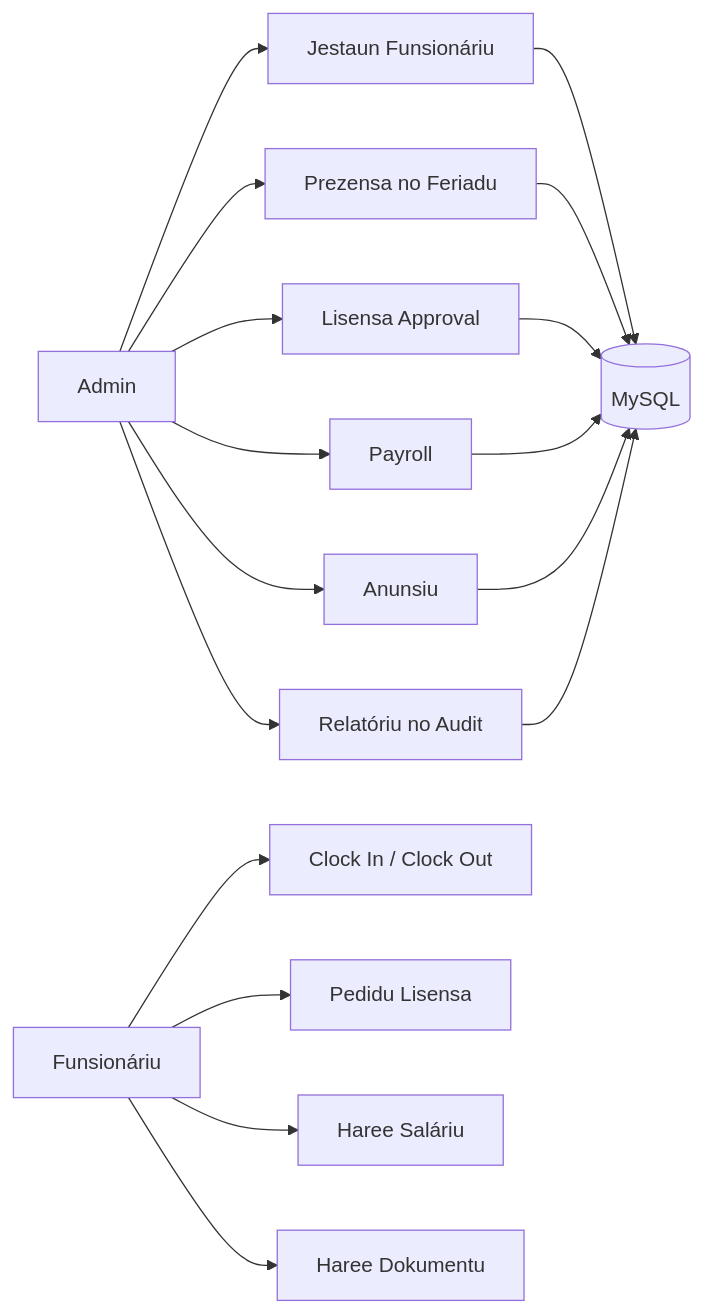
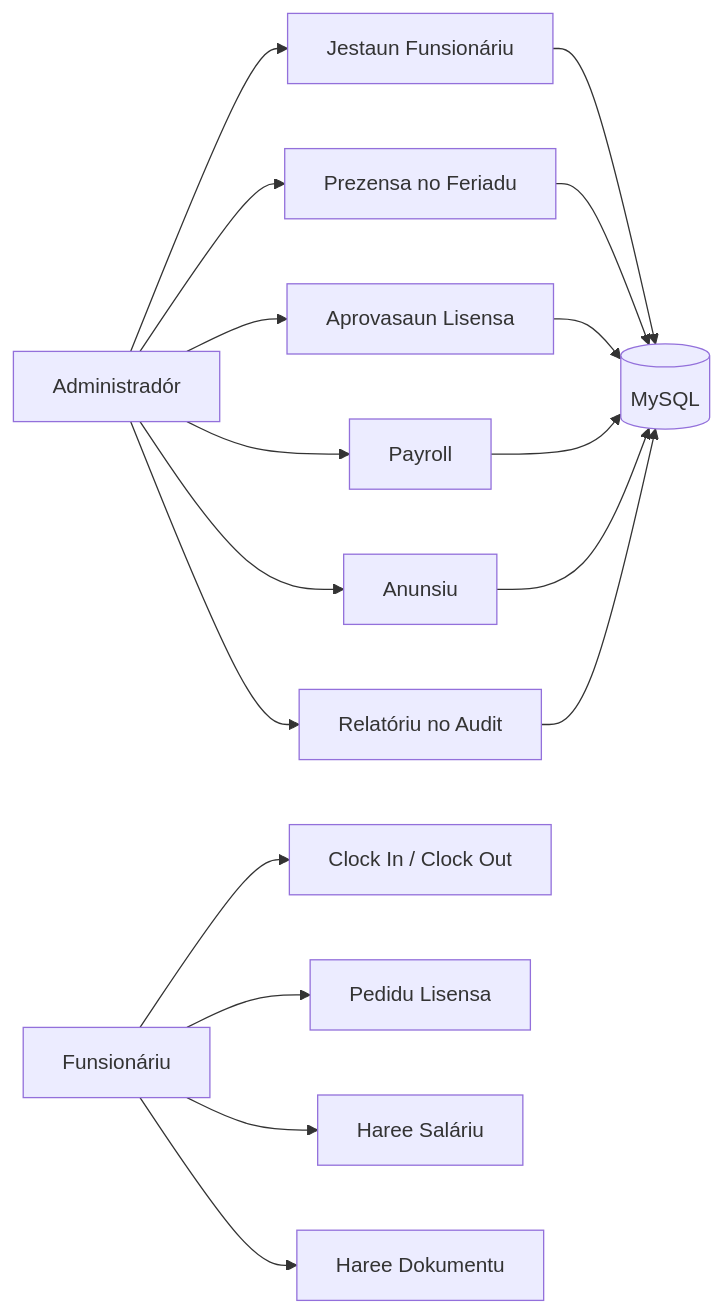
One commit to herciomoreira3/SIMAUCATAR-HRIS-Human-Resource-Information-System-CI4 changed the diagram in README.md. Above: the diagram before and after it, drawn with Mermaid. The commit also changed other lines of this file, not shown here.

````diff
--- a/README.md
+++ b/README.md
@@ -107,19 +110,19 @@
 ```mermaid
 flowchart LR
-    A[Admin] --> B[Jestaun Funsionáriu]
+    A[Administradór] --> B[Jestaun Funsionáriu]
     A --> C[Prezensa no Feriadu]
-    A --> D[Lisensa Approval]
+    A --> D[Aprovasaun Lisensa]
     A --> E[Payroll]
     A --> F[Anunsiu]
     A --> G[Relatóriu no Audit]
     H[Funsionáriu] --> I[Clock In / Clock Out]
     H --> J[Pedidu Lisensa]
     H --> K[Haree Saláriu]
     H --> L[Haree Dokumentu]
     B --> M[(MySQL)]
     C --> M
     D --> M
     E --> M
     F --> M
     G --> M
 ```
````
